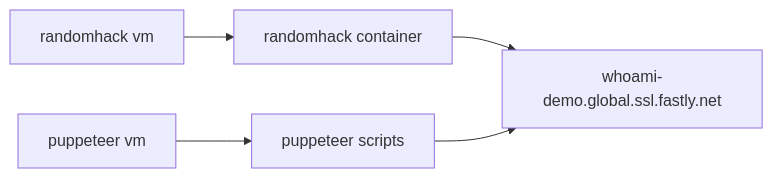
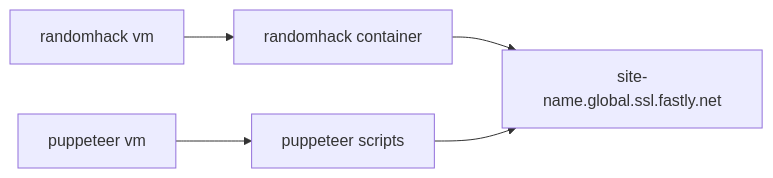
Before and after one commit to jbartus/fastly-magento2-demo: the third of 4 diagrams in README.md, drawn with Mermaid. The commit also changed other lines of this file, not shown here.

Commit message:
not using whoami anymore

````diff
--- a/README.md
+++ b/README.md
@@ -31,7 +31,7 @@
 ```mermaid
 flowchart LR
   rhvm[randomhack vm] --> container[randomhack container]
-  container --> site[whoami-demo.global.ssl.fastly.net]
+  container --> site[site-name.global.ssl.fastly.net]
   ptvm[puppeteer vm] --> scripts[puppeteer scripts]
   scripts --> site
 ``` 
````
